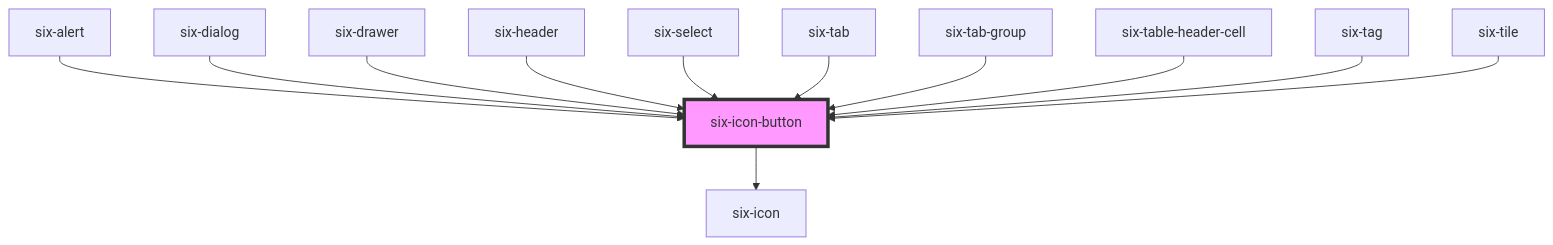
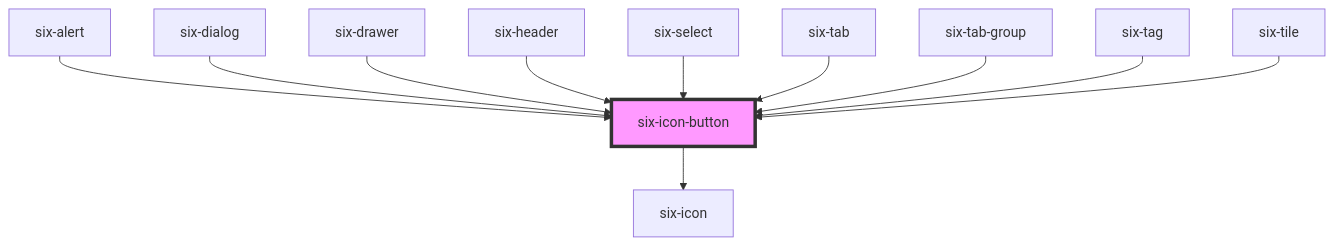
One commit to six-group/six-webcomponents changed the diagram in packages/ui-library/src/components/six-icon-button/readme.md. Above: the diagram before and after it, drawn with Mermaid. The commit also changed other lines of this file and 158 other files, not shown here.

````diff
--- a/packages/ui-library/src/components/six-icon-button/readme.md
+++ b/packages/ui-library/src/components/six-icon-button/readme.md
@@ -48,15 +47,14 @@
 ```mermaid
 graph TD;
   six-icon-button --> six-icon
   six-alert --> six-icon-button
   six-dialog --> six-icon-button
   six-drawer --> six-icon-button
   six-header --> six-icon-button
   six-select --> six-icon-button
   six-tab --> six-icon-button
   six-tab-group --> six-icon-button
-  six-table-header-cell --> six-icon-button
   six-tag --> six-icon-button
   six-tile --> six-icon-button
   style six-icon-button fill:#f9f,stroke:#333,stroke-width:4px
 ```
````
